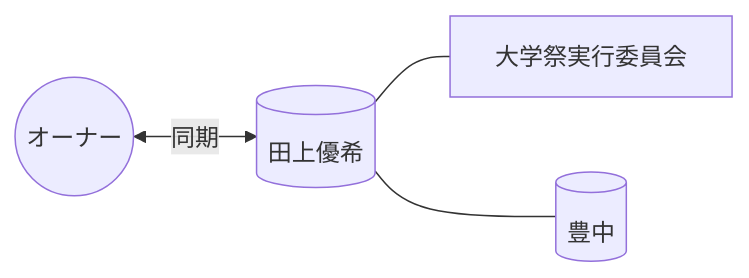
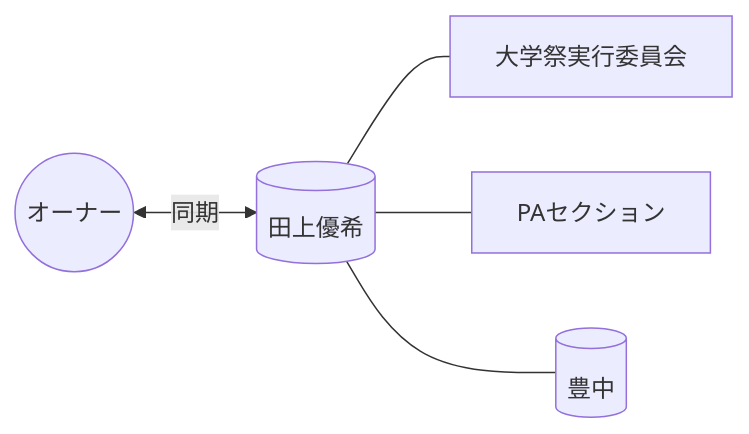
One commit to iamsaito0129-web/AI-Company changed the diagram in company/hr/members/田上優希.md. Above: the diagram before and after it, drawn with Mermaid. The commit also changed other lines of this file and 34 other files, not shown here.

````diff
--- a/company/hr/members/田上優希.md
+++ b/company/hr/members/田上優希.md
@@ -29,6 +31,7 @@
 ```mermaid
 graph LR
     Owner((オーナー)) <--> |同期| Member[(田上優希)]
     Member --- Community[大学祭実行委員会]
+    Member --- Section[PAセクション]
     Member --- Base[(豊中)]
 ```
````
